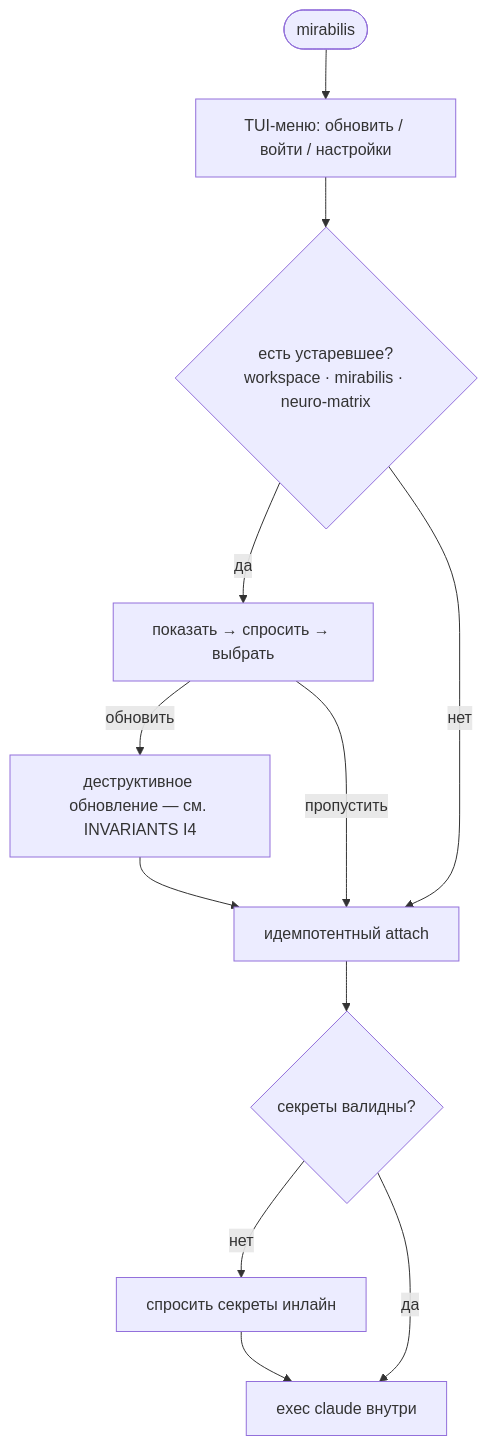
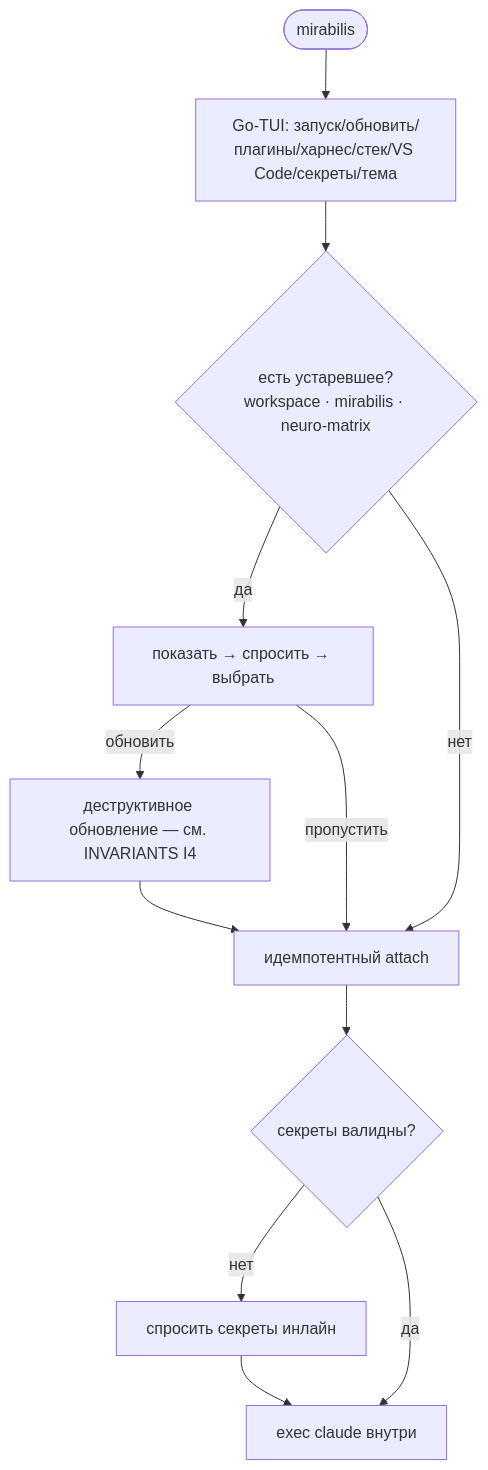
Before and after one commit to AlexShchuka/mirabilis: the first of 3 diagrams in docs/USECASES.md, drawn with Mermaid. The commit also changed other lines of this file and 71 other files, not shown here.

````diff
--- a/docs/USECASES.md
+++ b/docs/USECASES.md
@@ -51,14 +53,14 @@
 ```mermaid
 flowchart TD
-  R([mirabilis]) --> TUI[TUI-меню: обновить / войти / настройки]
+  R([mirabilis]) --> TUI[Go-TUI: запуск/обновить/плагины/харнес/стек/VS Code/секреты/тема]
   TUI --> ST{есть устаревшее?\nworkspace · mirabilis · neuro-matrix}
   ST -- да --> ASK[показать → спросить → выбрать]
   ASK -- обновить --> UPD[деструктивное обновление — см. INVARIANTS I4]
   ASK -- пропустить --> ATT
   ST -- нет --> ATT[идемпотентный attach]
   UPD --> ATT
   ATT --> SEC{секреты валидны?}
   SEC -- нет --> WIZ[спросить секреты инлайн]
   SEC -- да --> GO
   WIZ --> GO[exec claude внутри]
 ```
````
